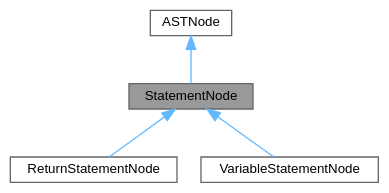
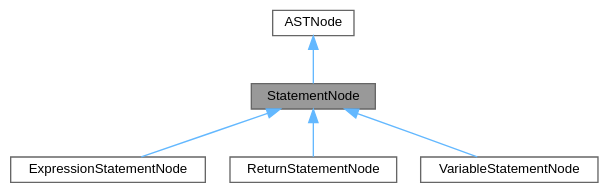
The diagram in pebbl/docs/structStatementNode__inherit__graph.dot (kejunp/kejunp.github.io), drawn with Graphviz before and after one commit. The commit also changed 32 other files, not shown here.

```diff
--- a/pebbl/docs/structStatementNode__inherit__graph.dot
+++ b/pebbl/docs/structStatementNode__inherit__graph.dot
@@ -1,14 +1,16 @@
 digraph "StatementNode"
 {
  // LATEX_PDF_SIZE
   bgcolor="transparent";
   edge [fontname=Helvetica,fontsize=10,labelfontname=Helvetica,labelfontsize=10];
   node [fontname=Helvetica,fontsize=10,shape=box,height=0.2,width=0.4];
   Node1 [id="Node000001",label="StatementNode",height=0.2,width=0.4,color="gray40", fillcolor="grey60", style="filled", fontcolor="black",tooltip="Base class for all statements."];
   Node2 -> Node1 [id="edge1_Node000001_Node000002",dir="back",color="steelblue1",style="solid",tooltip=" "];
   Node2 [id="Node000002",label="ASTNode",height=0.2,width=0.4,color="gray40", fillcolor="white", style="filled",URL="$structASTNode.html",tooltip="Base class of all AST nodes."];
   Node1 -> Node3 [id="edge2_Node000001_Node000003",dir="back",color="steelblue1",style="solid",tooltip=" "];
-  Node3 [id="Node000003",label="ReturnStatementNode",height=0.2,width=0.4,color="gray40", fillcolor="white", style="filled",URL="$structReturnStatementNode.html",tooltip=" "];
+  Node3 [id="Node000003",label="ExpressionStatementNode",height=0.2,width=0.4,color="gray40", fillcolor="white", style="filled",URL="$structExpressionStatementNode.html",tooltip=" "];
   Node1 -> Node4 [id="edge3_Node000001_Node000004",dir="back",color="steelblue1",style="solid",tooltip=" "];
-  Node4 [id="Node000004",label="VariableStatementNode",height=0.2,width=0.4,color="gray40", fillcolor="white", style="filled",URL="$structVariableStatementNode.html",tooltip=" "];
+  Node4 [id="Node000004",label="ReturnStatementNode",height=0.2,width=0.4,color="gray40", fillcolor="white", style="filled",URL="$structReturnStatementNode.html",tooltip=" "];
+  Node1 -> Node5 [id="edge4_Node000001_Node000005",dir="back",color="steelblue1",style="solid",tooltip=" "];
+  Node5 [id="Node000005",label="VariableStatementNode",height=0.2,width=0.4,color="gray40", fillcolor="white", style="filled",URL="$structVariableStatementNode.html",tooltip=" "];
 }
```
